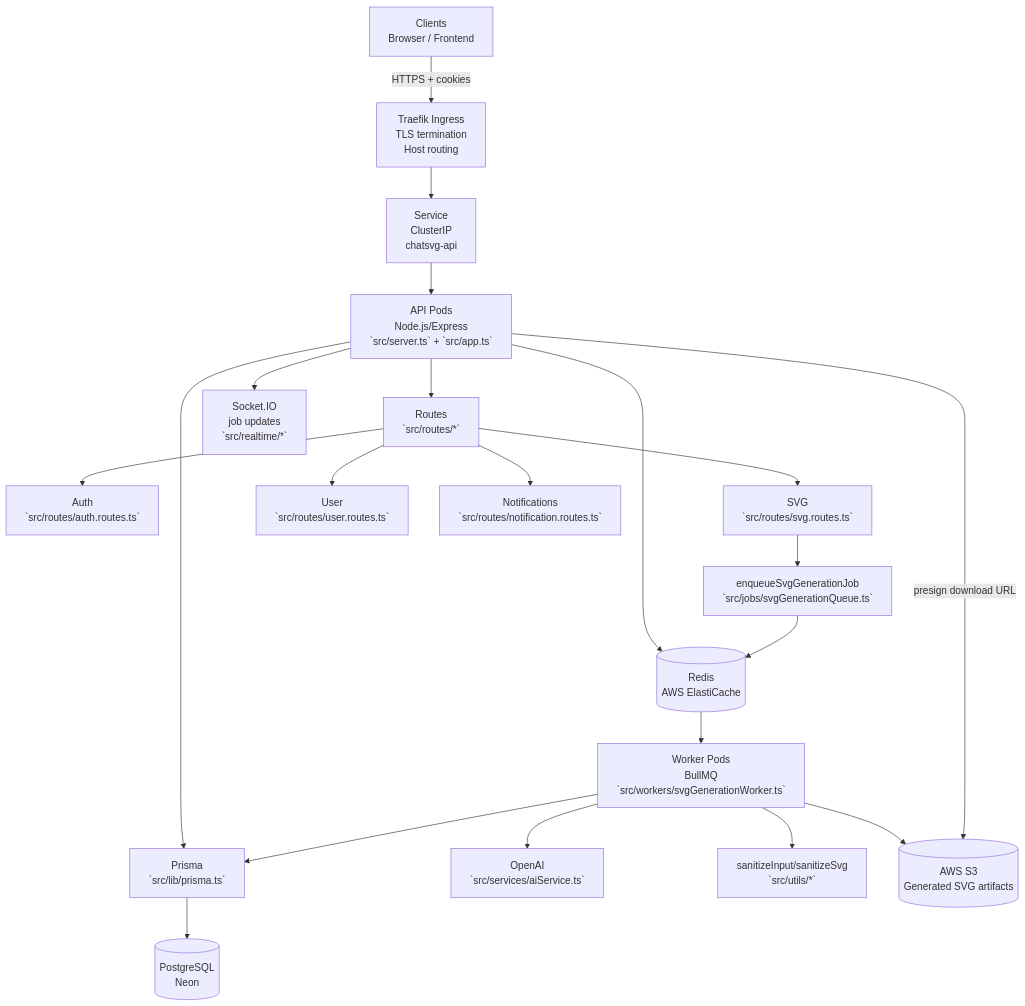
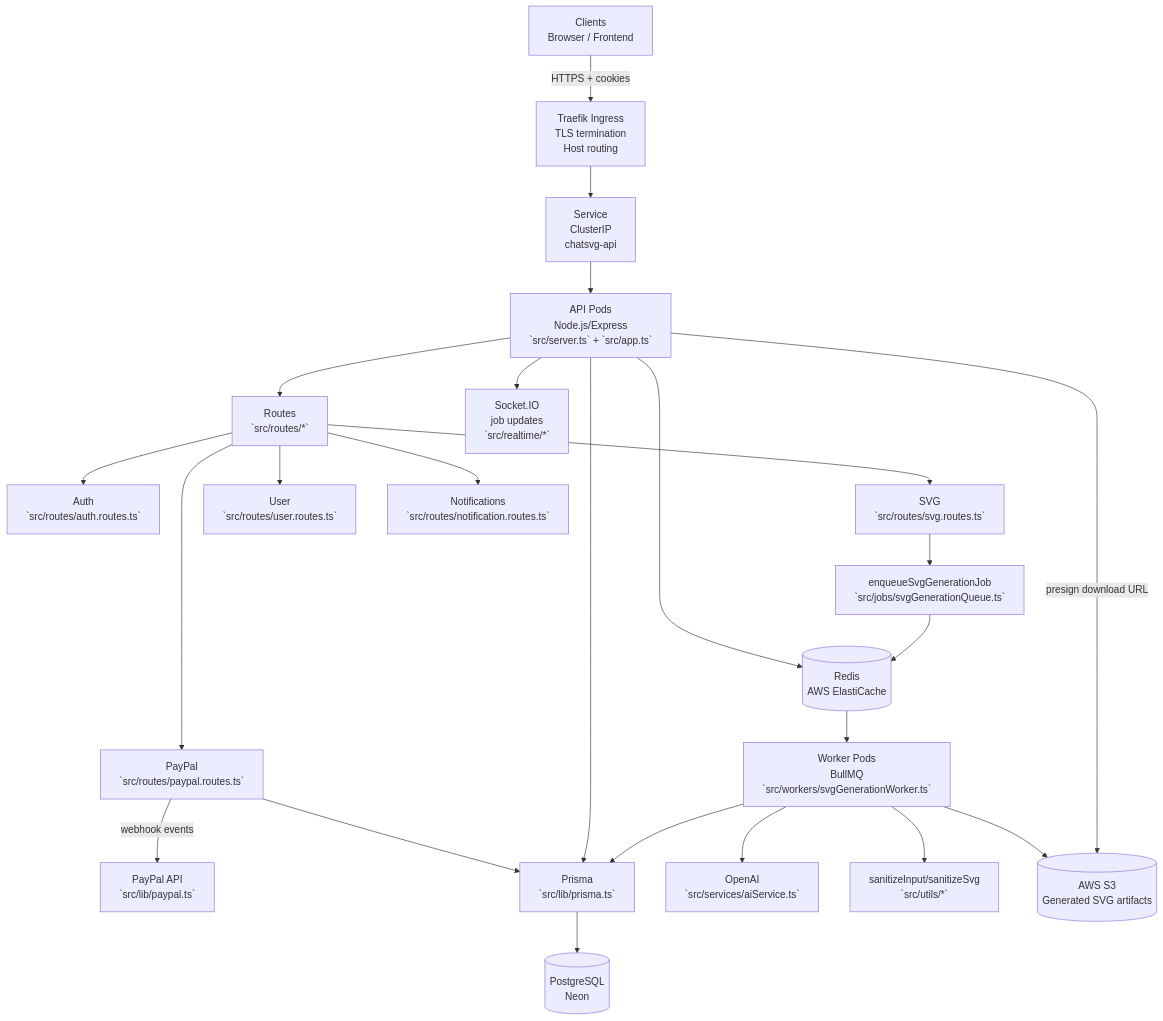
Before and after one commit to APerlinx/svg-saas-server: the first of 4 diagrams in docs/BACKEND_ARCHITECTURE.md, drawn with Mermaid. The commit also changed other lines of this file and 5 other files, not shown here.

````diff
--- a/docs/BACKEND_ARCHITECTURE.md
+++ b/docs/BACKEND_ARCHITECTURE.md
@@ -14,29 +14,33 @@
 ```mermaid
 flowchart TB
   Client[Clients\nBrowser / Frontend] -->|HTTPS + cookies| Ingress[Traefik Ingress\nTLS termination\nHost routing]
   Ingress --> ApiSvc[Service\nClusterIP\nchatsvg-api]
   ApiSvc --> API[API Pods\nNode.js/Express\n`src/server.ts` + `src/app.ts`]
 
   API --> Routes[Routes\n`src/routes/*`]
   Routes --> Auth[Auth\n`src/routes/auth.routes.ts`]
   Routes --> Svg[SVG\n`src/routes/svg.routes.ts`]
   Routes --> User[User\n`src/routes/user.routes.ts`]
   Routes --> Notif[Notifications\n`src/routes/notification.routes.ts`]
+  Routes --> PayPal[PayPal\n`src/routes/paypal.routes.ts`]
+
+  PayPal -->|webhook events| PayPalAPI[PayPal API\n`src/lib/paypal.ts`]
+  PayPal --> Prisma
 
   API --> Prisma[Prisma\n`src/lib/prisma.ts`]
   Prisma --> Postgres[(PostgreSQL\nNeon)]
 
   API --> Redis[(Redis\nAWS ElastiCache)]
 
   Svg --> Queue[enqueueSvgGenerationJob\n`src/jobs/svgGenerationQueue.ts`]
   Queue --> Redis
 
   Redis --> Worker[Worker Pods\nBullMQ\n`src/workers/svgGenerationWorker.ts`]
   Worker --> OpenAI[OpenAI\n`src/services/aiService.ts`]
   Worker --> Sanitize[sanitizeInput/sanitizeSvg\n`src/utils/*`]
   Worker --> Prisma
   Worker --> S3[(AWS S3\nGenerated SVG artifacts)]
 
   API -->|presign download URL| S3
   API --> Realtime[Socket.IO\njob updates\n`src/realtime/*`]
 ```
````
